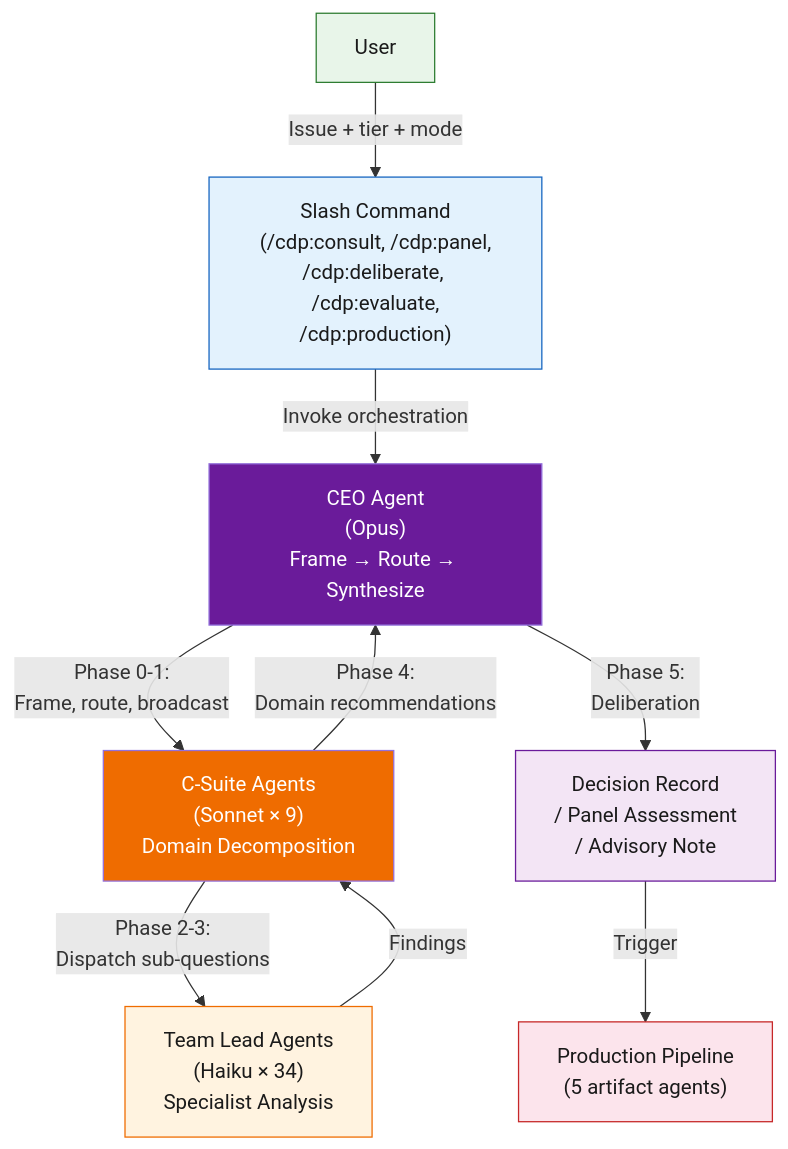
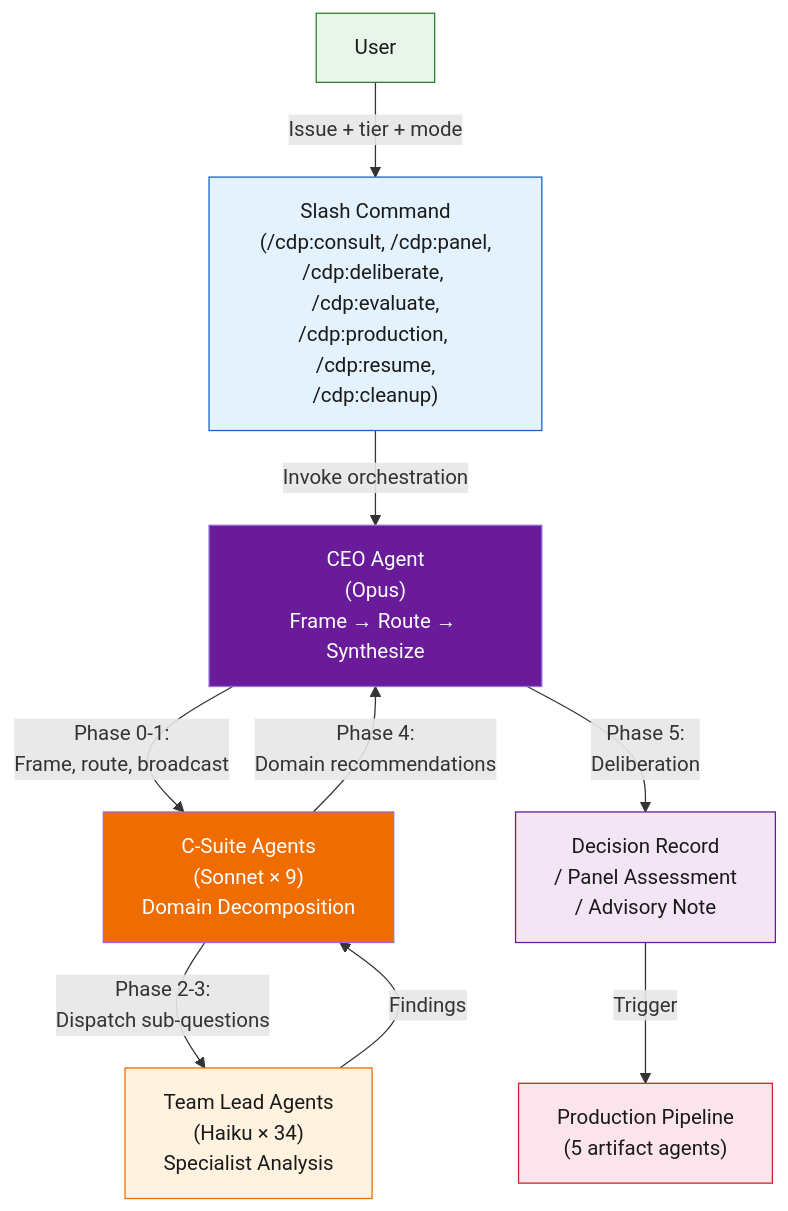
Before and after one commit to apatheticus/corporate-decision-panel: the first of 3 diagrams in docs/ARCHITECTURE.md, drawn with Mermaid. The commit also changed other lines of this file and 5 other files, not shown here.

First line of the commit message:
docs: update documentation to reflect v1.4 CEO-as-universal-dispatcher architecture and bump version to 1.7

````diff
--- a/docs/ARCHITECTURE.md
+++ b/docs/ARCHITECTURE.md
@@ -50,27 +50,27 @@
 ```mermaid
 flowchart TD
     User["User"]
-    CMD["Slash Command\n(/cdp:consult, /cdp:panel,\n/cdp:deliberate, /cdp:evaluate,\n/cdp:production)"]
+    CMD["Slash Command\n(/cdp:consult, /cdp:panel,\n/cdp:deliberate, /cdp:evaluate,\n/cdp:production, /cdp:resume,\n/cdp:cleanup)"]
     CEO["CEO Agent\n(Opus)\nFrame → Route → Synthesize"]
     CS["C-Suite Agents\n(Sonnet × 9)\nDomain Decomposition"]
     TL["Team Lead Agents\n(Haiku × 34)\nSpecialist Analysis"]
     DR["Decision Record\n/ Panel Assessment\n/ Advisory Note"]
     PROD["Production Pipeline\n(5 artifact agents)"]
 
     User -->|"Issue + tier + mode"| CMD
     CMD -->|"Invoke orchestration"| CEO
     CEO -->|"Phase 0-1:\nFrame, route, broadcast"| CS
     CS -->|"Phase 2-3:\nDispatch sub-questions"| TL
     TL -->|"Findings"| CS
     CS -->|"Phase 4:\nDomain recommendations"| CEO
     CEO -->|"Phase 5:\nDeliberation"| DR
     DR -->|"Trigger"| PROD
 
     style User fill:#e8f5e9,stroke:#2e7d32,color:#1a1a1a
     style CMD fill:#e3f2fd,stroke:#1565c0,color:#1a1a1a
     style CEO fill:#6a1b9a,color:#fff
     style CS fill:#ef6c00,color:#fff
     style TL fill:#fff3e0,stroke:#ef6c00,color:#1a1a1a
     style DR fill:#f3e5f5,stroke:#6a1b9a,color:#1a1a1a
     style PROD fill:#fce4ec,stroke:#c62828,color:#1a1a1a
 ```
````
